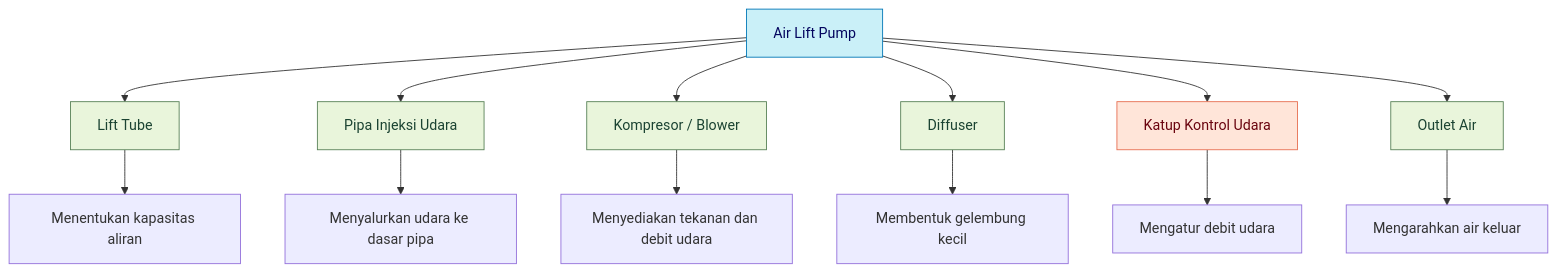
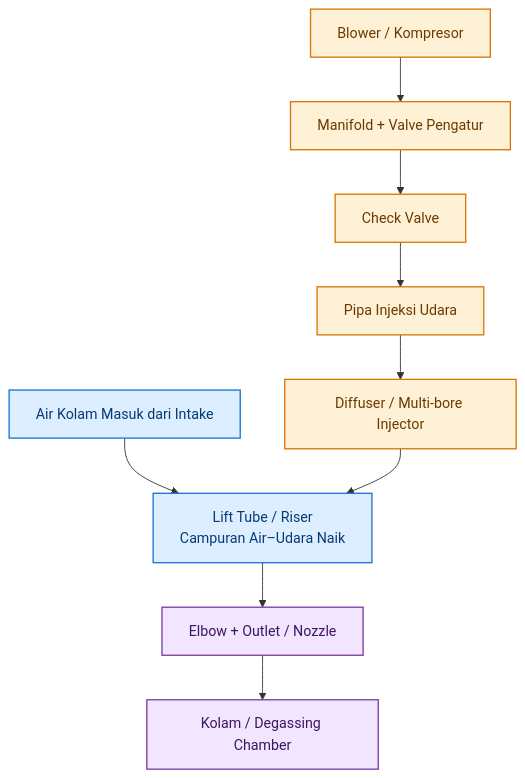
Before and after one commit to slametsampon/kawruhnology: the second of 42 diagrams in content/blog/agri/airlift-pump.mdx, drawn with Mermaid. The commit also changed other lines of this file and 8 other files, not shown here.

Commit message:
update airlift pump, laju-air-fluida

````diff
--- a/content/blog/agri/airlift-pump.mdx
+++ b/content/blog/agri/airlift-pump.mdx
@@ -265,24 +242,21 @@
 ```mermaid
 flowchart TB
-    A[Air Lift Pump] --> B[Lift Tube]
-    A --> C[Pipa Injeksi Udara]
-    A --> D[Kompresor / Blower]
-    A --> E[Diffuser]
-    A --> F[Katup Kontrol Udara]
-    A --> G[Outlet Air]
+    A["Blower / Kompresor"] --> B["Manifold + Valve Pengatur"]
+    B --> C["Check Valve"]
+    C --> D["Pipa Injeksi Udara"]
+    D --> E["Diffuser / Multi-bore Injector"]
 
-    B --> B1[Menentukan kapasitas aliran]
-    C --> C1[Menyalurkan udara ke dasar pipa]
-    D --> D1[Menyediakan tekanan dan debit udara]
-    E --> E1[Membentuk gelembung kecil]
-    F --> F1[Mengatur debit udara]
-    G --> G1[Mengarahkan air keluar]
+    I["Air Kolam Masuk dari Intake"] --> F["Lift Tube / Riser<br/>Campuran Air–Udara Naik"]
+    E --> F
+    F --> G["Elbow + Outlet / Nozzle"]
+    G --> H["Kolam / Degassing Chamber"]
 
-    classDef utama fill:#caf0f8,stroke:#0077b6,color:#03045e;
-    classDef fungsi fill:#e9f5db,stroke:#588157,color:#1b4332;
-    classDef kontrol fill:#ffe5d9,stroke:#e76f51,color:#6a040f;
+    classDef air fill:#FFF1D6,stroke:#D97706,color:#6B3A00,stroke-width:1.5px;
+    classDef water fill:#DCEEFF,stroke:#1976D2,color:#073B73,stroke-width:1.5px;
+    classDef component fill:#DCF5E5,stroke:#218C4A,color:#0E4A27,stroke-width:1.5px;
+    classDef outlet fill:#F2E5FF,stroke:#7B3FA1,color:#3B1760,stroke-width:1.5px;
 
-    class A utama;
-    class B,C,D,E,G fungsi;
-    class F kontrol;
+    class A,B,C,D,E air;
+    class F,I water;
+    class G,H outlet;
 ```
````
